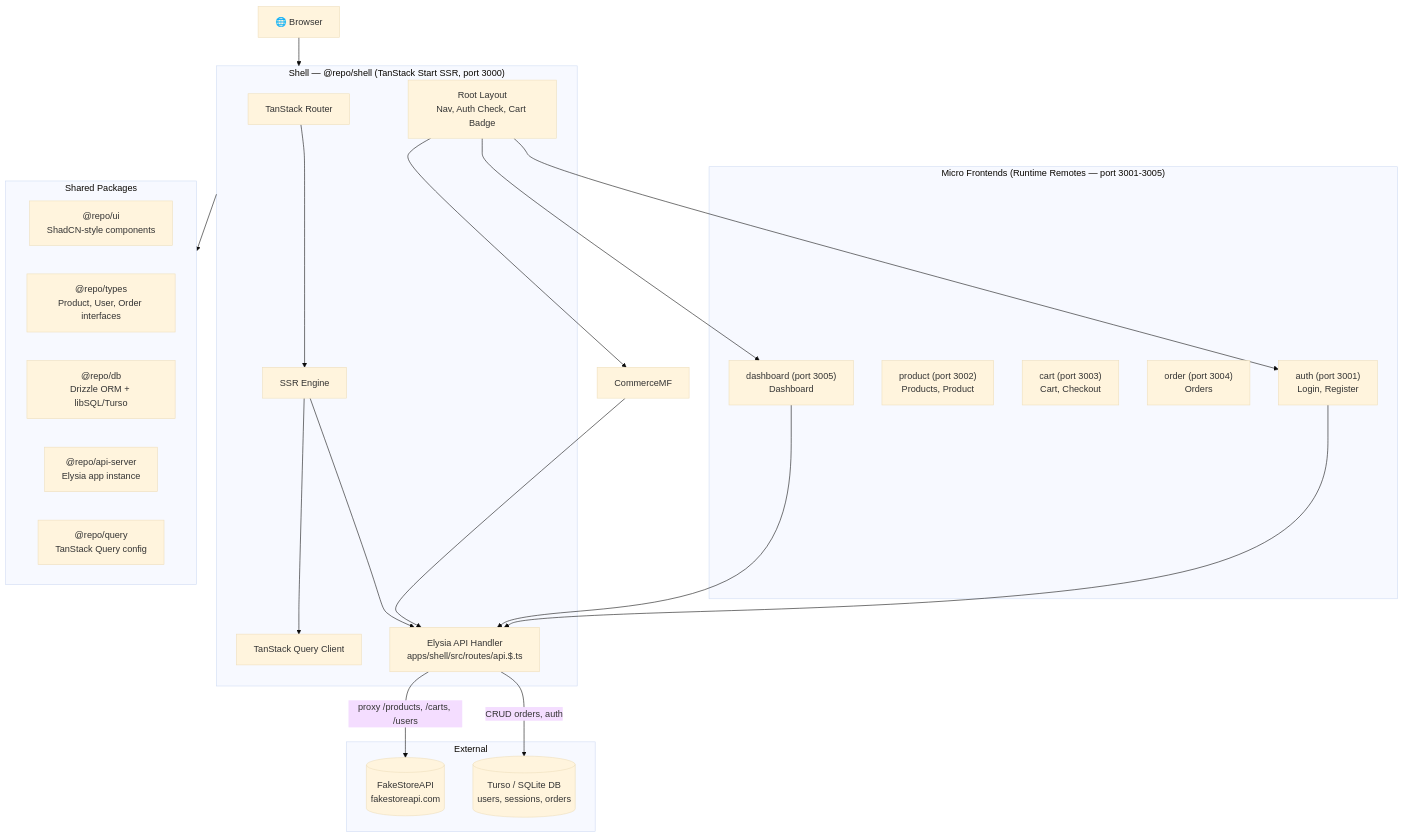
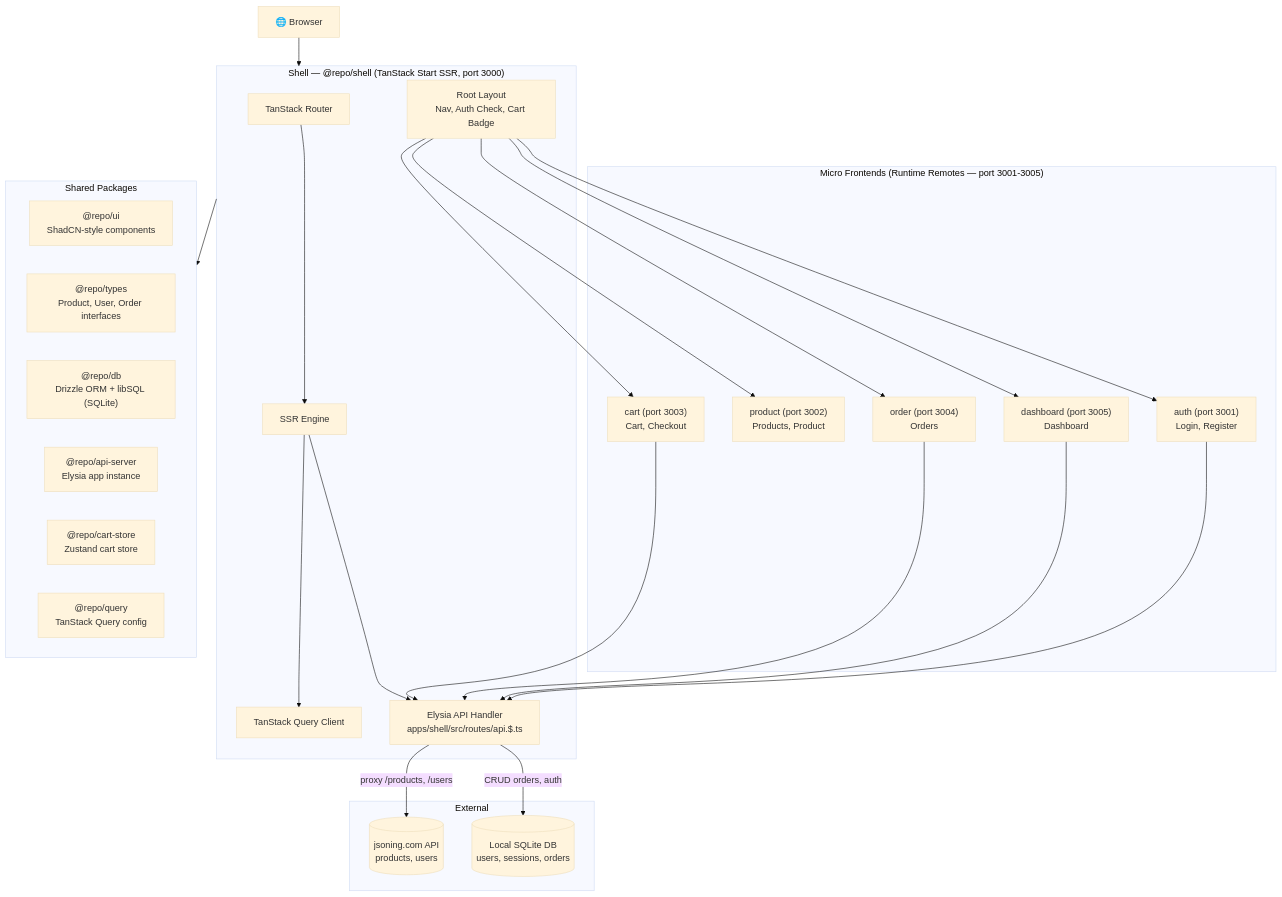
Before and after one commit to Its-Satyajit/MFECP: the first of 9 diagrams in docs/architecture.md, drawn with Mermaid (base theme). The commit also changed other lines of this file and 10 other files, not shown here.

First line of the commit message:
docs: update architecture to reflect local SQLite + cart/order MFUpdate architecture diagrams descriptions match recent appstructure and data sources. Key changes:

````diff
--- a/docs/architecture.md
+++ b/docs/architecture.md
@@ -5,48 +5,50 @@
 ```mermaid
 flowchart TB
     Browser["🌐 Browser"]
 
     subgraph Shell["Shell — @repo/shell (TanStack Start SSR, port 3000)"]
         Router["TanStack Router"]
         Layout["Root Layout<br/>Nav, Auth Check, Cart Badge"]
         SSR["SSR Engine"]
         QClient["TanStack Query Client"]
         API["Elysia API Handler<br/>apps/shell/src/routes/api.$.ts"]
     end
 
     subgraph MFEs["Micro Frontends (Runtime Remotes — port 3001-3005)"]
         AuthMF["auth (port 3001)<br/>Login, Register"]
         ProductMF["product (port 3002)<br/>Products, Product"]
         CartMF["cart (port 3003)<br/>Cart, Checkout"]
         OrderMF["order (port 3004)<br/>Orders"]
         DashboardMF["dashboard (port 3005)<br/>Dashboard"]
     end
 
     subgraph Packages["Shared Packages"]
         UI["@repo/ui<br/>ShadCN-style components"]
         Types["@repo/types<br/>Product, User, Order interfaces"]
-        DB["@repo/db<br/>Drizzle ORM + libSQL/Turso"]
+        DB["@repo/db<br/>Drizzle ORM + libSQL (SQLite)"]
         ApiServer["@repo/api-server<br/>Elysia app instance"]
+        CartStore["@repo/cart-store<br/>Zustand cart store"]
         Query["@repo/query<br/>TanStack Query config"]
     end
 
     subgraph External["External"]
-        FSA[("FakeStoreAPI<br/>fakestoreapi.com")]
-        Turso[("Turso / SQLite DB<br/>users, sessions, orders")]
+        Jsoning[("jsoning.com API<br/>products, users")]
+        LocalDB[("Local SQLite DB<br/>users, sessions, orders")]
     end
 
     Browser --> Shell
-    Layout --> AuthMF & CommerceMF & DashboardMF
+    Layout --> AuthMF & ProductMF & CartMF & OrderMF & DashboardMF
     Router --> SSR
     SSR --> QClient
     SSR --> API
 
-    CommerceMF --> API
+    CartMF --> API
+    OrderMF --> API
     DashboardMF --> API
     AuthMF --> API
 
-    API -->|proxy /products, /carts, /users| FSA
-    API -->|CRUD orders, auth| Turso
+    API -->|proxy /products, /users| Jsoning
+    API -->|CRUD orders, auth| LocalDB
 
     Shell --> Packages
 ```
````
